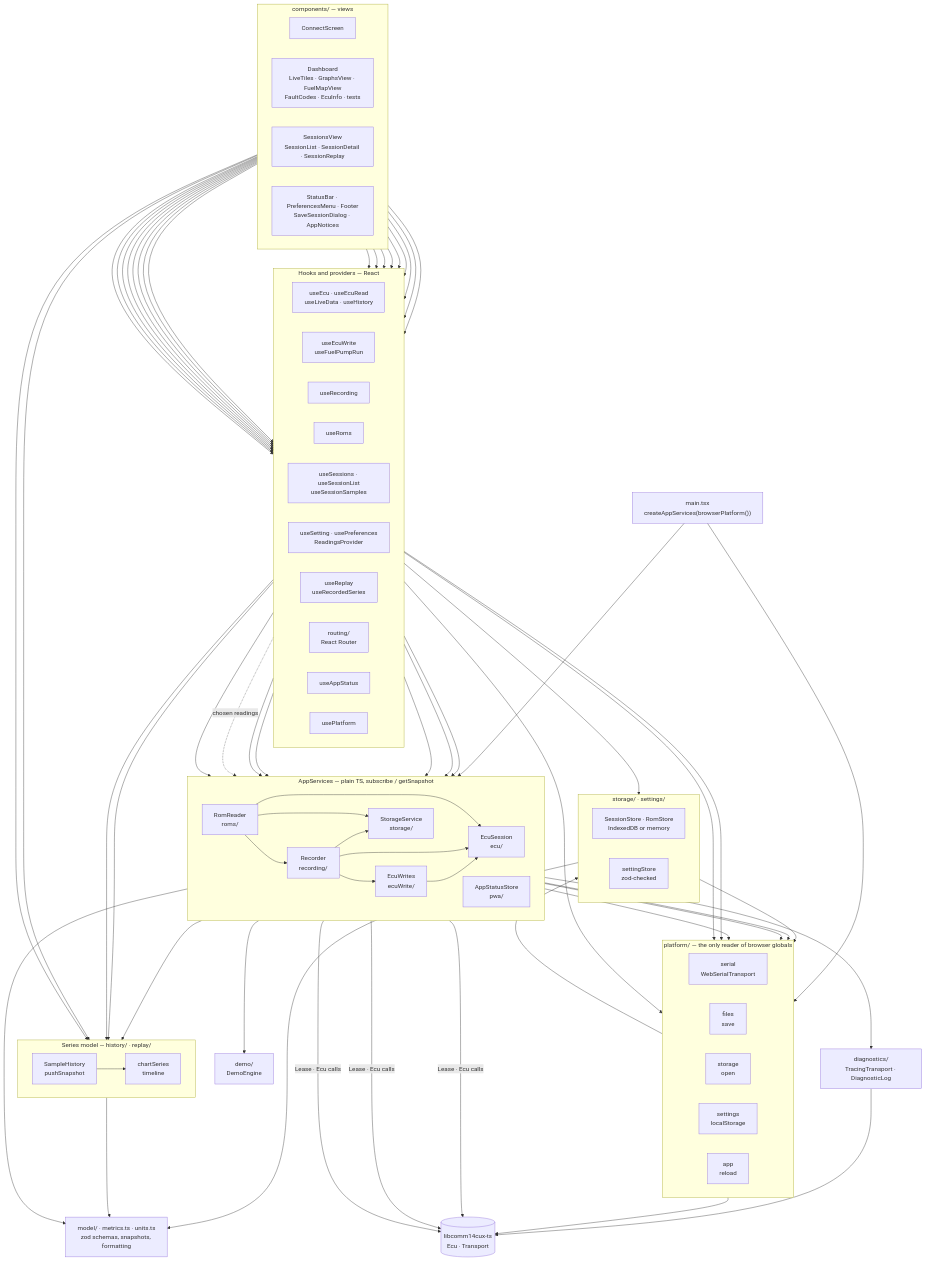
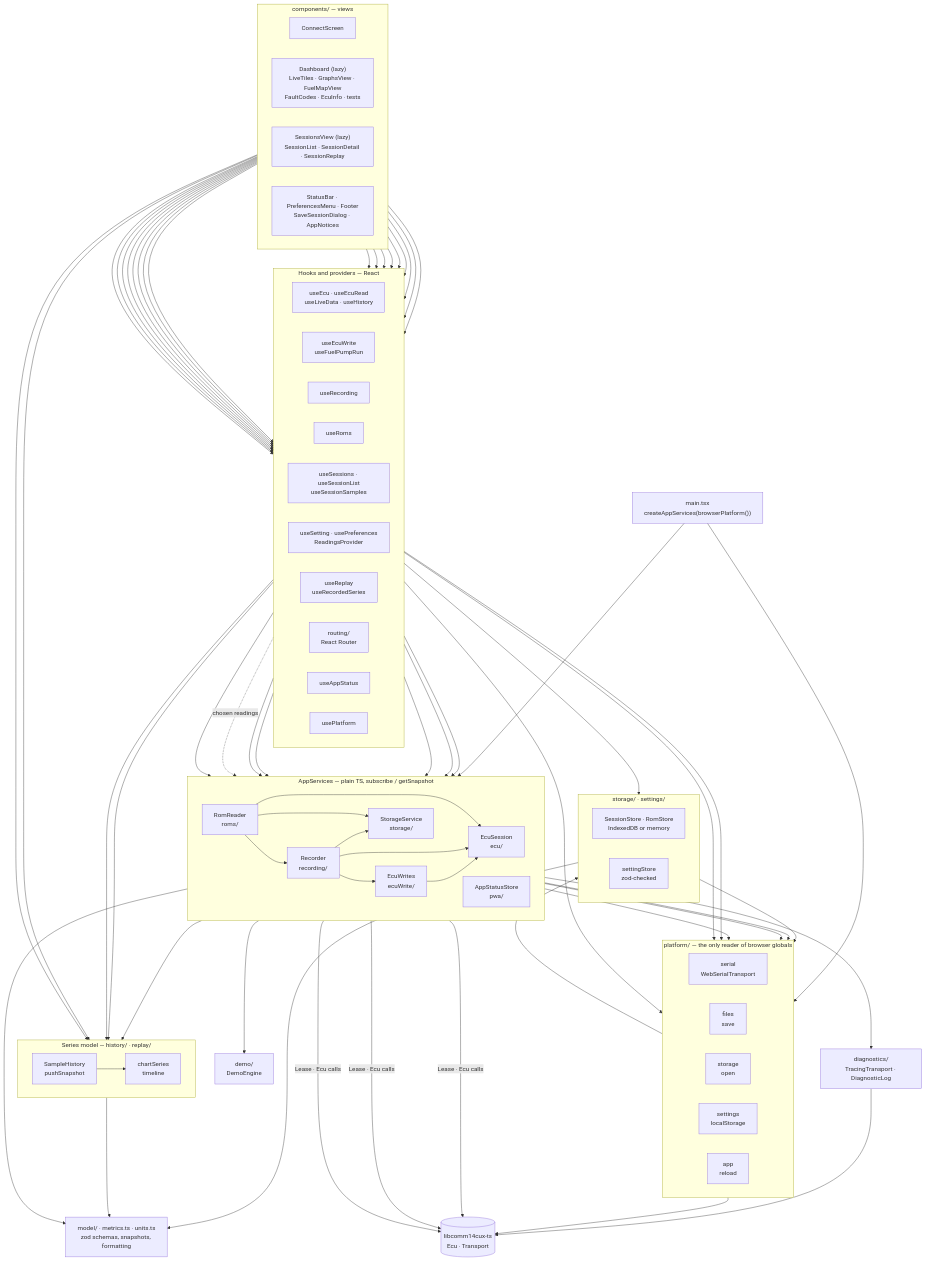
The first of 3 diagrams in docs/architecture.md (KB1RMA/14cux-gauge), drawn with Mermaid before and after one commit. The commit also changed other lines of this file and 7 other files, not shown here.

First line of the commit message:
perf: load the dashboard and sessions views on demand (#96)

```diff
--- a/docs/architecture.md
+++ b/docs/architecture.md
@@ -126,8 +132,8 @@
   subgraph views["components/ — views"]
     direction LR
     Connect[ConnectScreen]
-    Dash["Dashboard<br/>LiveTiles · GraphsView · FuelMapView<br/>FaultCodes · EcuInfo · tests"]
-    Sessions["SessionsView<br/>SessionList · SessionDetail · SessionReplay"]
+    Dash["Dashboard (lazy)<br/>LiveTiles · GraphsView · FuelMapView<br/>FaultCodes · EcuInfo · tests"]
+    Sessions["SessionsView (lazy)<br/>SessionList · SessionDetail · SessionReplay"]
     Chrome["StatusBar · PreferencesMenu · Footer<br/>SaveSessionDialog · AppNotices"]
   end
 
```
